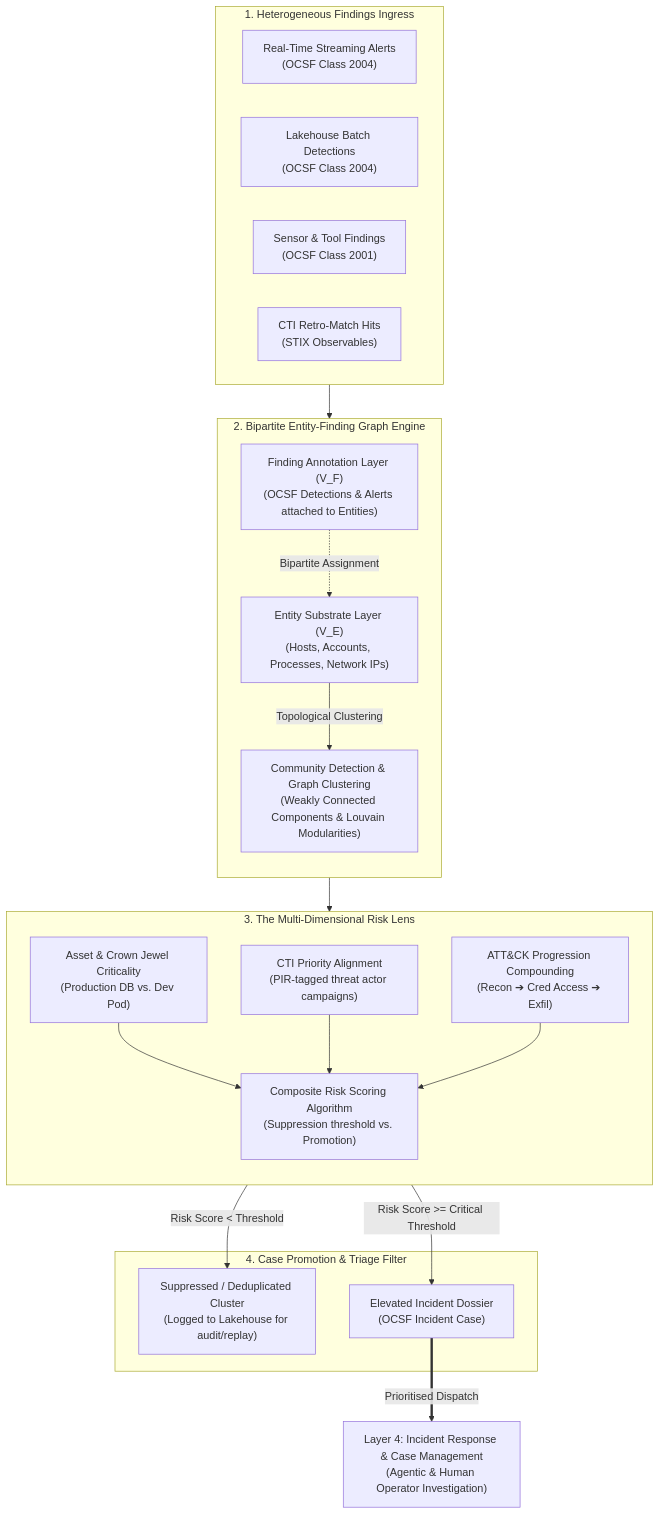
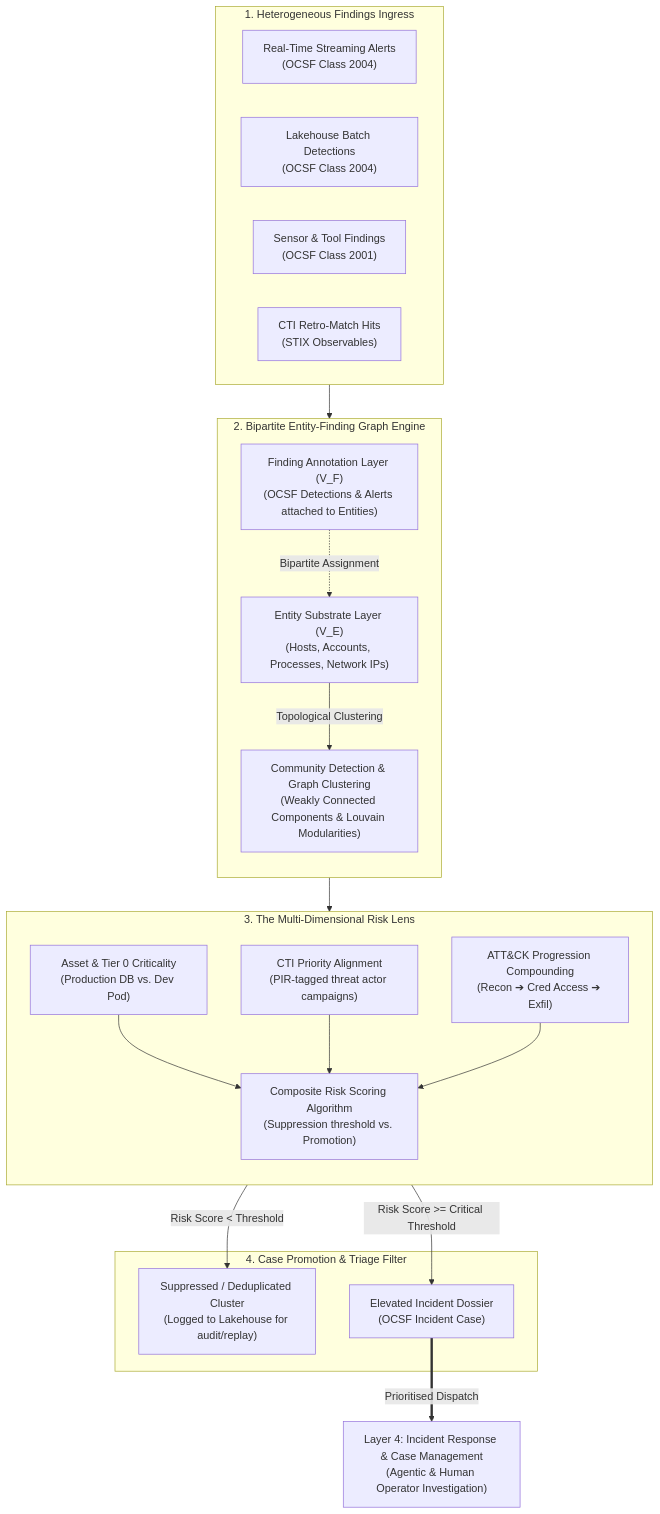
Before and after one commit to Haribu/TIDIR: the seventh of 7 diagrams in docs/architecture/06-layer-3-threat-intel-detection.md, drawn with Mermaid. The commit also changed other lines of this file and 44 other files, not shown here.

Commit message:
feat: enterprise adoption roadmap, reference stacks, persona journeys, and editorial quality enhancements (v1.14.0)

````diff
--- a/docs/architecture/06-layer-3-threat-intel-detection.md
+++ b/docs/architecture/06-layer-3-threat-intel-detection.md
@@ -353,44 +353,44 @@
 ```mermaid
 flowchart TB
   subgraph IngressFindings ["1. Heterogeneous Findings Ingress"]
     direction LR
     F_STREAM["Real-Time Streaming Alerts\n(OCSF Class 2004)"]
     F_BATCH["Lakehouse Batch Detections\n(OCSF Class 2004)"]
     F_SECURITY["Sensor & Tool Findings\n(OCSF Class 2001)"]
     F_INTEL["CTI Retro-Match Hits\n(STIX Observables)"]
   end
 
   subgraph BipartiteGraphEngine ["2. Bipartite Entity-Finding Graph Engine"]
     direction TB
     ENTITY_LAYER["Entity Substrate Layer (V_E)\n(Hosts, Accounts, Processes, Network IPs)"]
     FINDING_LAYER["Finding Annotation Layer (V_F)\n(OCSF Detections & Alerts attached to Entities)"]
     COMMUNITY["Community Detection & Graph Clustering\n(Weakly Connected Components & Louvain Modularities)"]
     
     FINDING_LAYER -.->|Bipartite Assignment| ENTITY_LAYER
     ENTITY_LAYER -->|Topological Clustering| COMMUNITY
   end
 
   subgraph RiskLens ["3. The Multi-Dimensional Risk Lens"]
     direction TB
-    RL_ASSET["Asset & Crown Jewel Criticality\n(Production DB vs. Dev Pod)"]
+    RL_ASSET["Asset & Tier 0 Criticality\n(Production DB vs. Dev Pod)"]
     RL_CTI["CTI Priority Alignment\n(PIR-tagged threat actor campaigns)"]
     RL_STAGE["ATT&CK Progression Compounding\n(Recon ➔ Cred Access ➔ Exfil)"]
     RL_SCORE["Composite Risk Scoring Algorithm\n(Suppression threshold vs. Promotion)"]
 
     RL_ASSET --> RL_SCORE
     RL_CTI --> RL_SCORE
     RL_STAGE --> RL_SCORE
   end
 
   subgraph PromotionDecision ["4. Case Promotion & Triage Filter"]
     NOISE["Suppressed / Deduplicated Cluster\n(Logged to Lakehouse for audit/replay)"]
     CASE_PROMOTED["Elevated Incident Dossier\n(OCSF Incident Case)"]
   end
 
   IngressFindings --> FINDING_LAYER
   COMMUNITY --> RiskLens
   RL_SCORE -->|Risk Score < Threshold| NOISE
   RL_SCORE -->|Risk Score >= Critical Threshold| CASE_PROMOTED
 
   CASE_PROMOTED ==>|Prioritised Dispatch| L4_ENG["Layer 4: Incident Response & Case Management\n(Agentic & Human Operator Investigation)"]
 ```
````
